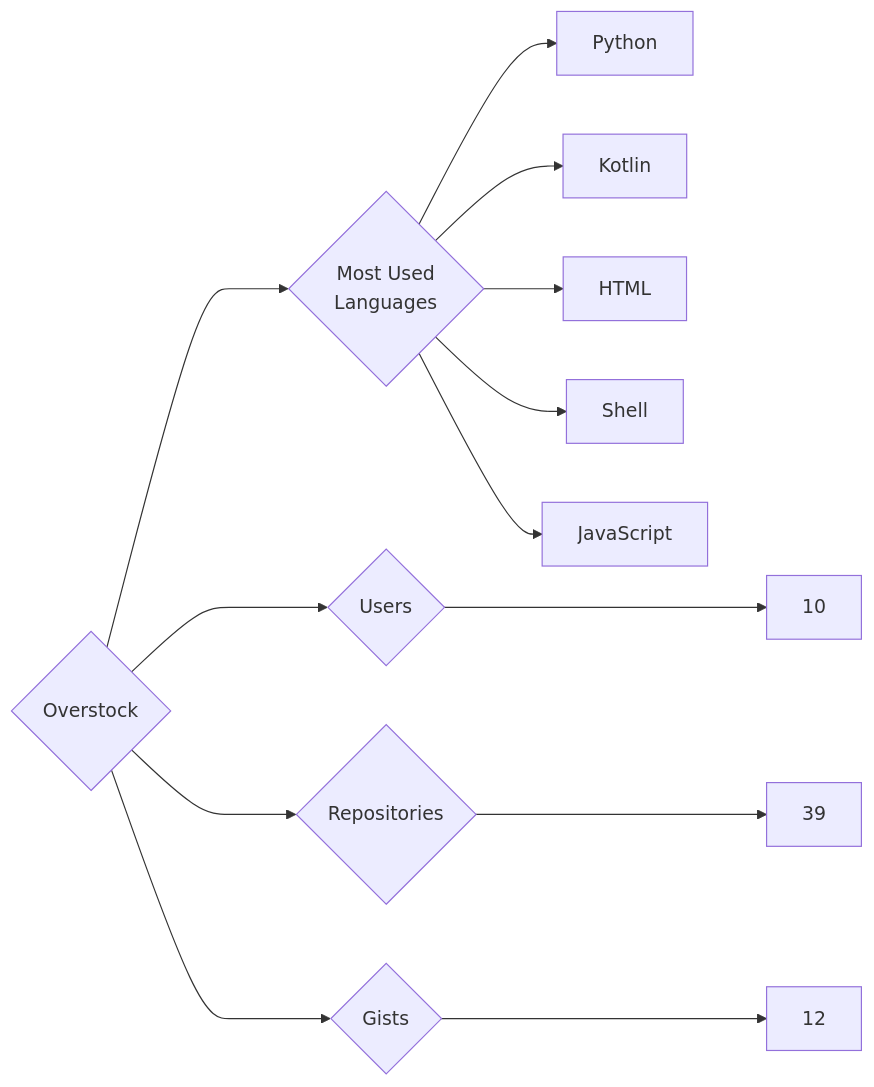
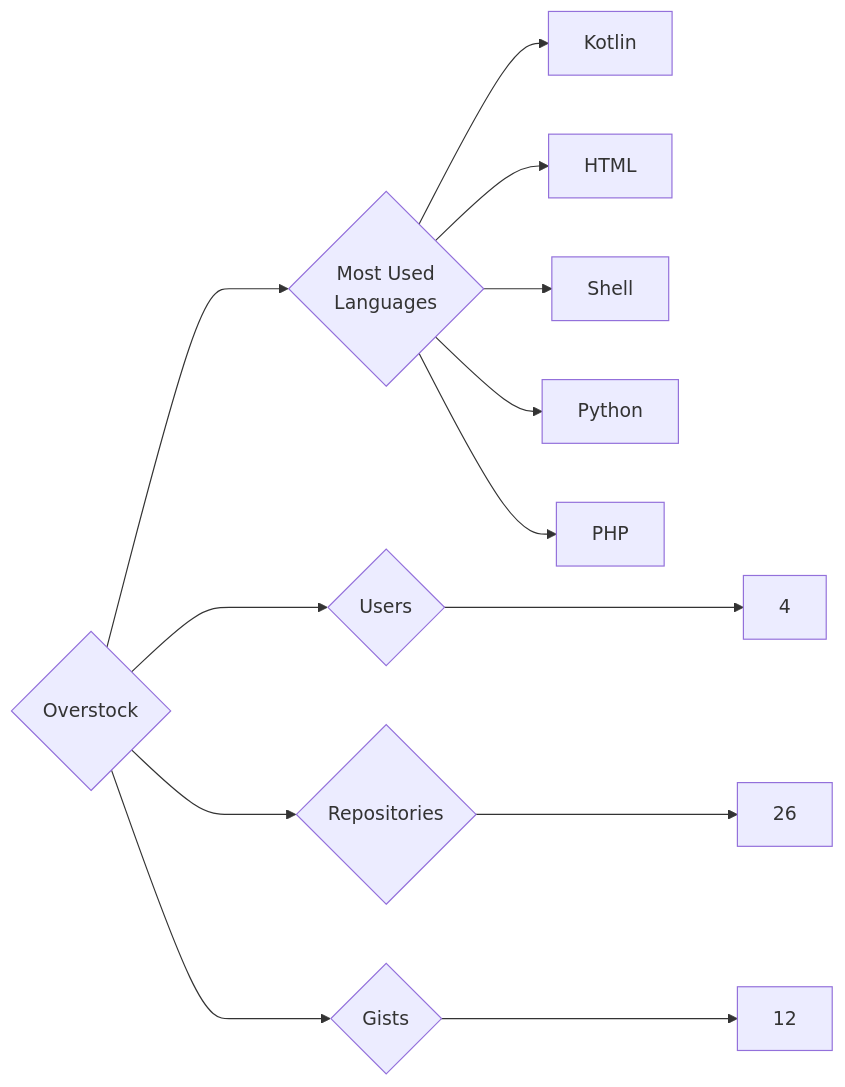
The diagram in targets/Overstock/README.md (trickest/insiders), drawn with Mermaid before and after one commit. The commit also changed 806 other files, not shown here.

````diff
--- a/targets/Overstock/README.md
+++ b/targets/Overstock/README.md
@@ -3,13 +3,13 @@
 ```mermaid
 graph LR
 COMPANY_NAME{Overstock}
-COMPANY_NAME ---> U{Users} ---> UN[10]
-COMPANY_NAME ---> R{Repositories} ---> RN[39]
+COMPANY_NAME ---> U{Users} ---> UN[4]
+COMPANY_NAME ---> R{Repositories} ---> RN[26]
 COMPANY_NAME ---> G{Gists} ---> GN[12]
 COMPANY_NAME ---> ML{Most Used<br>Languages}
-ML --> Python[Python]
 ML --> Kotlin[Kotlin]
 ML --> HTML[HTML]
 ML --> Shell[Shell]
-ML --> JavaScript[JavaScript]
+ML --> Python[Python]
+ML --> PHP[PHP]
 ```
````
